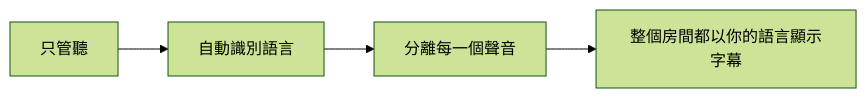
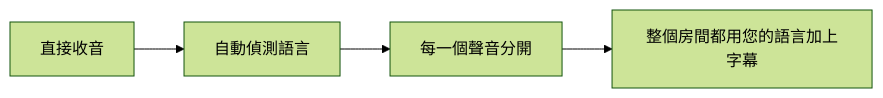
Before and after one commit to rpalm01-star/VigilantEarLegal: the first of 4 diagrams in README_zh-Hant.md, drawn with Mermaid (forest theme). The commit also changed other lines of this file and 14 other files, not shown here.

````diff
--- a/README_zh-Hant.md
+++ b/README_zh-Hant.md
@@ -73,4 +82,4 @@
 ```mermaid
 graph LR
-    A["只管聽"] --> B["自動識別語言"] --> C["分離每一個聲音"] --> D["整個房間都以你的語言顯示字幕"]
+    A["直接收音"] --> B["自動偵測語言"] --> C["每一個聲音分開"] --> D["整個房間都用您的語言加上字幕"]
 ```
````
